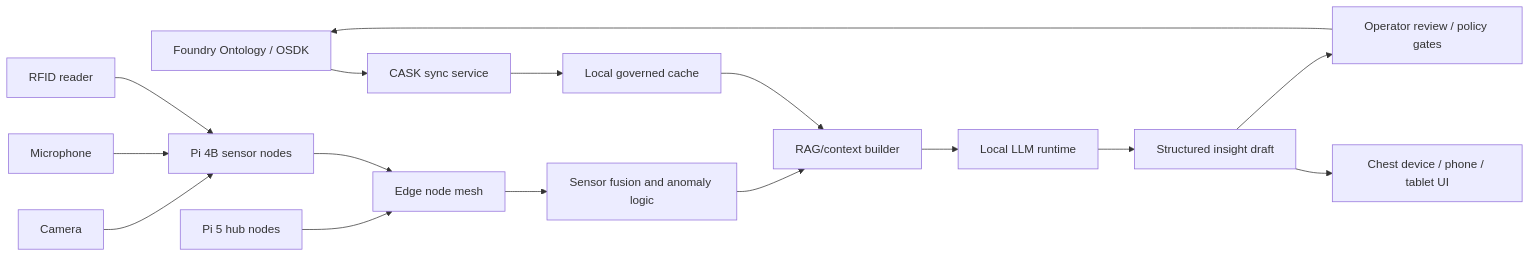
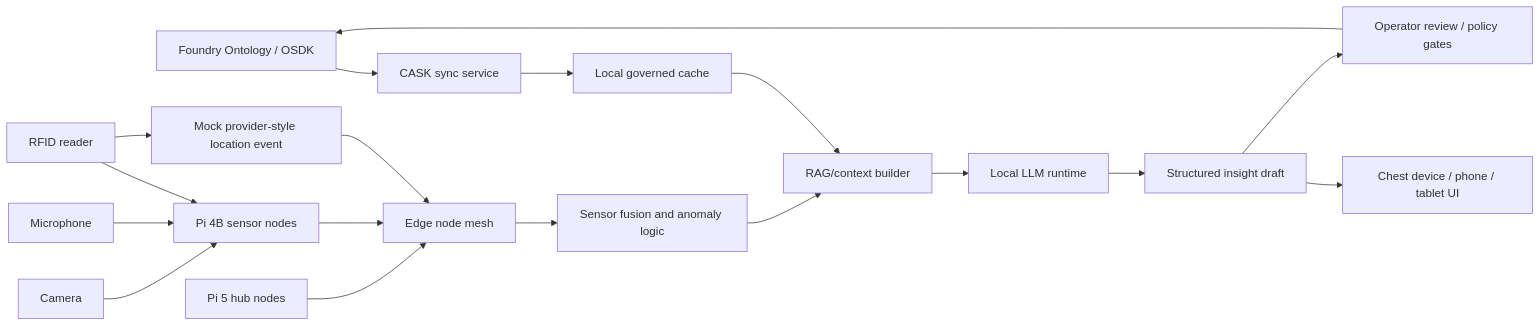
Before and after one commit to digitalnomd/altiair: the diagram in docs/cask-osdk-local-llm-brief.md, drawn with Mermaid. The commit also changed other lines of this file and 1 other file, not shown here.

Commit message:
Document mocked provider location telemetry

````diff
--- a/docs/cask-osdk-local-llm-brief.md
+++ b/docs/cask-osdk-local-llm-brief.md
@@ -17,18 +18,20 @@
 ```mermaid
 flowchart LR
     Foundry["Foundry Ontology / OSDK"] --> Sync["CASK sync service"]
     Sync --> Cache["Local governed cache"]
     Camera["Camera"] --> Pi4
     Mic["Microphone"] --> Pi4
     RFID["RFID reader"] --> Pi4
+    RFID --> MockLoc["Mock provider-style location event"]
     Pi4["Pi 4B sensor nodes"] --> Mesh["Edge node mesh"]
+    MockLoc --> Mesh
     Pi5["Pi 5 hub nodes"] --> Mesh
     Mesh --> Fusion["Sensor fusion and anomaly logic"]
     Cache --> Context["RAG/context builder"]
     Fusion --> Context
     Context --> LLM["Local LLM runtime"]
     LLM --> Insight["Structured insight draft"]
     Insight --> Chest["Chest device / phone / tablet UI"]
     Insight --> Review["Operator review / policy gates"]
     Review --> Foundry
 ```
````
